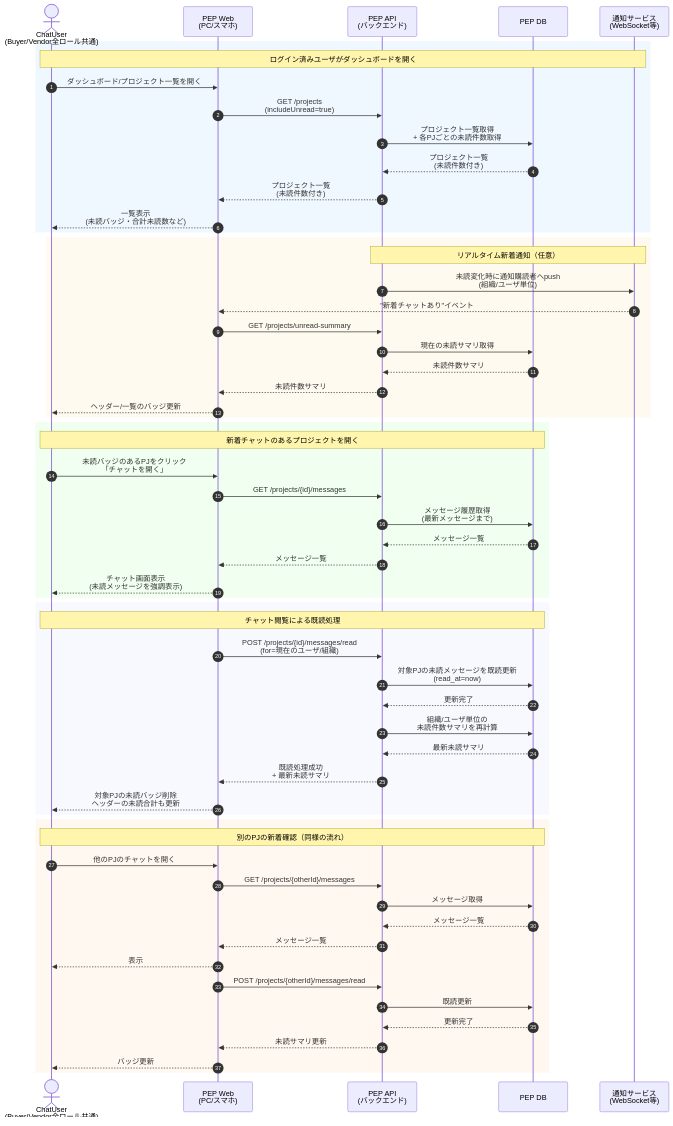
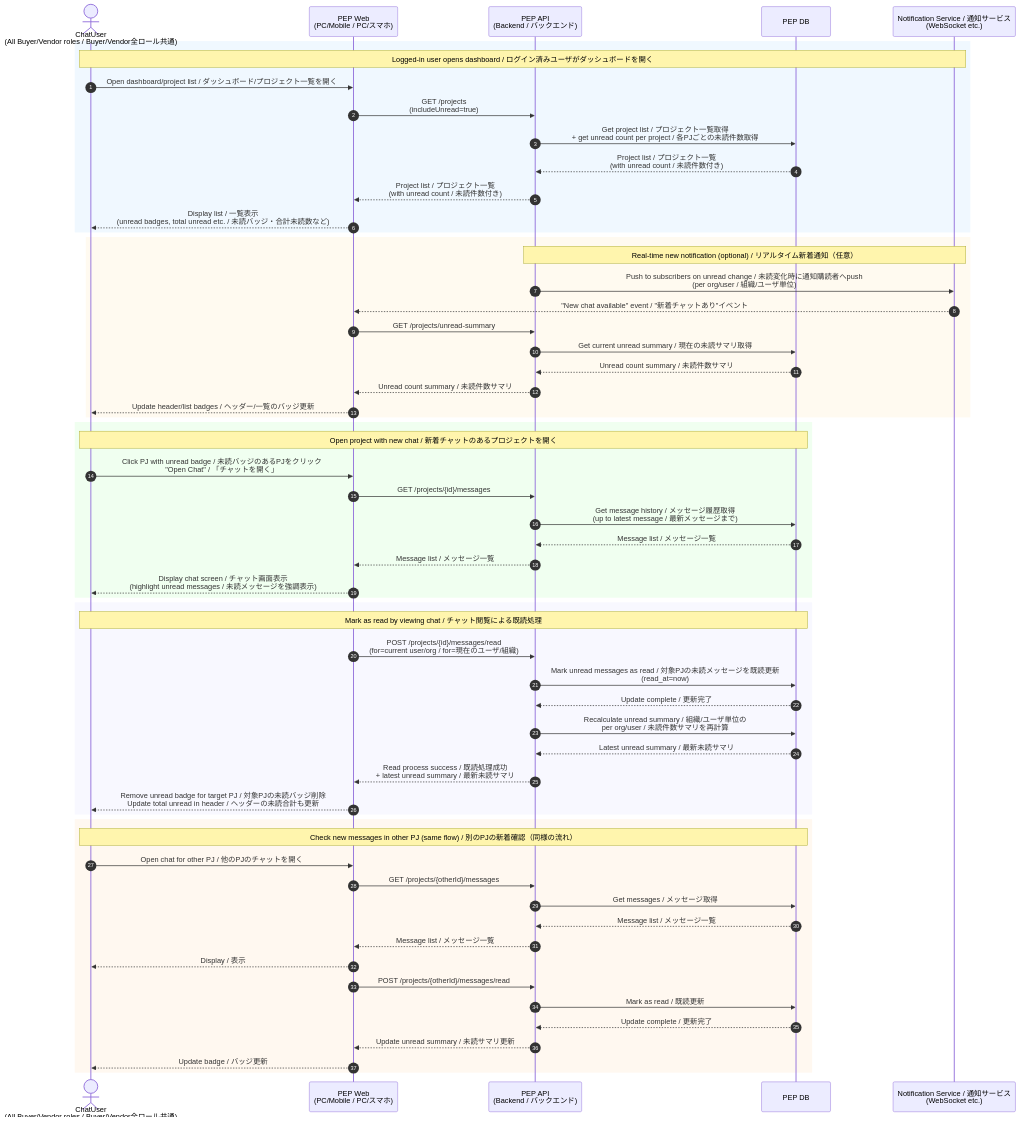
The diagram in docs/UC/UC12.md (PhamDuBin/pep), drawn with Mermaid before and after one commit. The commit also changed other lines of this file and 30 other files, not shown here.

````diff
--- a/docs/UC/UC12.md
+++ b/docs/UC/UC12.md
@@ -3,67 +3,67 @@
 ```mermaid
 sequenceDiagram
     autonumber
-    actor U as ChatUser<br/>(Buyer/Vendor全ロール共通)
-    participant Web as PEP Web<br/>(PC/スマホ)
-    participant API as PEP API<br/>(バックエンド)
+    actor U as ChatUser<br/>(All Buyer/Vendor roles / Buyer/Vendor全ロール共通)
+    participant Web as PEP Web<br/>(PC/Mobile / PC/スマホ)
+    participant API as PEP API<br/>(Backend / バックエンド)
     participant DB as PEP DB
-    participant Notif as 通知サービス<br/>(WebSocket等)
+    participant Notif as Notification Service / 通知サービス<br/>(WebSocket etc.)
 
     rect rgb(240, 248, 255)
-        Note over U, Notif: ログイン済みユーザがダッシュボードを開く
-        U->>Web: ダッシュボード/プロジェクト一覧を開く
+        Note over U, Notif: Logged-in user opens dashboard / ログイン済みユーザがダッシュボードを開く
+        U->>Web: Open dashboard/project list / ダッシュボード/プロジェクト一覧を開く
         Web->>API: GET /projects<br/>(includeUnread=true)
-        API->>DB: プロジェクト一覧取得<br/>+ 各PJごとの未読件数取得
-        DB-->>API: プロジェクト一覧<br/>(未読件数付き)
-        API-->>Web: プロジェクト一覧<br/>(未読件数付き)
-        Web-->>U: 一覧表示<br/>(未読バッジ・合計未読数など)
+        API->>DB: Get project list / プロジェクト一覧取得<br/>+ get unread count per project / 各PJごとの未読件数取得
+        DB-->>API: Project list / プロジェクト一覧<br/>(with unread count / 未読件数付き)
+        API-->>Web: Project list / プロジェクト一覧<br/>(with unread count / 未読件数付き)
+        Web-->>U: Display list / 一覧表示<br/>(unread badges, total unread etc. / 未読バッジ・合計未読数など)
     end
 
     rect rgb(255, 250, 240)
-        Note over API, Notif: リアルタイム新着通知（任意）
-        API->>Notif: 未読変化時に通知購読者へpush<br/>(組織/ユーザ単位)
-        Notif-->>Web: "新着チャットあり"イベント
+        Note over API, Notif: Real-time new notification (optional) / リアルタイム新着通知（任意）
+        API->>Notif: Push to subscribers on unread change / 未読変化時に通知購読者へpush<br/>(per org/user / 組織/ユーザ単位)
+        Notif-->>Web: "New chat available" event / "新着チャットあり"イベント
         Web->>API: GET /projects/unread-summary
-        API->>DB: 現在の未読サマリ取得
-        DB-->>API: 未読件数サマリ
-        API-->>Web: 未読件数サマリ
-        Web-->>U: ヘッダー/一覧のバッジ更新
+        API->>DB: Get current unread summary / 現在の未読サマリ取得
+        DB-->>API: Unread count summary / 未読件数サマリ
+        API-->>Web: Unread count summary / 未読件数サマリ
+        Web-->>U: Update header/list badges / ヘッダー/一覧のバッジ更新
     end
 
     rect rgb(240, 255, 240)
-        Note over U, DB: 新着チャットのあるプロジェクトを開く
-        U->>Web: 未読バッジのあるPJをクリック<br/>「チャットを開く」
+        Note over U, DB: Open project with new chat / 新着チャットのあるプロジェクトを開く
+        U->>Web: Click PJ with unread badge / 未読バッジのあるPJをクリック<br/>"Open Chat" / 「チャットを開く」
         Web->>API: GET /projects/{id}/messages
-        API->>DB: メッセージ履歴取得<br/>(最新メッセージまで)
-        DB-->>API: メッセージ一覧
-        API-->>Web: メッセージ一覧
-        Web-->>U: チャット画面表示<br/>(未読メッセージを強調表示)
+        API->>DB: Get message history / メッセージ履歴取得<br/>(up to latest message / 最新メッセージまで)
+        DB-->>API: Message list / メッセージ一覧
+        API-->>Web: Message list / メッセージ一覧
+        Web-->>U: Display chat screen / チャット画面表示<br/>(highlight unread messages / 未読メッセージを強調表示)
     end
 
     rect rgb(248, 248, 255)
-        Note over U, DB: チャット閲覧による既読処理
-        Web->>API: POST /projects/{id}/messages/read<br/>(for=現在のユーザ/組織)
-        API->>DB: 対象PJの未読メッセージを既読更新<br/>(read_at=now)
-        DB-->>API: 更新完了
+        Note over U, DB: Mark as read by viewing chat / チャット閲覧による既読処理
+        Web->>API: POST /projects/{id}/messages/read<br/>(for=current user/org / for=現在のユーザ/組織)
+        API->>DB: Mark unread messages as read / 対象PJの未読メッセージを既読更新<br/>(read_at=now)
+        DB-->>API: Update complete / 更新完了
 
-        API->>DB: 組織/ユーザ単位の<br/>未読件数サマリを再計算
-        DB-->>API: 最新未読サマリ
-        API-->>Web: 既読処理成功<br/>+ 最新未読サマリ
-        Web-->>U: 対象PJの未読バッジ削除<br/>ヘッダーの未読合計も更新
+        API->>DB: Recalculate unread summary / 組織/ユーザ単位の<br/>per org/user / 未読件数サマリを再計算
+        DB-->>API: Latest unread summary / 最新未読サマリ
+        API-->>Web: Read process success / 既読処理成功<br/>+ latest unread summary / 最新未読サマリ
+        Web-->>U: Remove unread badge for target PJ / 対象PJの未読バッジ削除<br/>Update total unread in header / ヘッダーの未読合計も更新
     end
 
     rect rgb(255, 248, 240)
-        Note over U, DB: 別のPJの新着確認（同様の流れ）
-        U->>Web: 他のPJのチャットを開く
+        Note over U, DB: Check new messages in other PJ (same flow) / 別のPJの新着確認（同様の流れ）
+        U->>Web: Open chat for other PJ / 他のPJのチャットを開く
         Web->>API: GET /projects/{otherId}/messages
-        API->>DB: メッセージ取得
-        DB-->>API: メッセージ一覧
-        API-->>Web: メッセージ一覧
-        Web-->>U: 表示
+        API->>DB: Get messages / メッセージ取得
+        DB-->>API: Message list / メッセージ一覧
+        API-->>Web: Message list / メッセージ一覧
+        Web-->>U: Display / 表示
         Web->>API: POST /projects/{otherId}/messages/read
-        API->>DB: 既読更新
-        DB-->>API: 更新完了
-        API-->>Web: 未読サマリ更新
-        Web-->>U: バッジ更新
+        API->>DB: Mark as read / 既読更新
+        DB-->>API: Update complete / 更新完了
+        API-->>Web: Update unread summary / 未読サマリ更新
+        Web-->>U: Update badge / バッジ更新
     end
 ```
````
